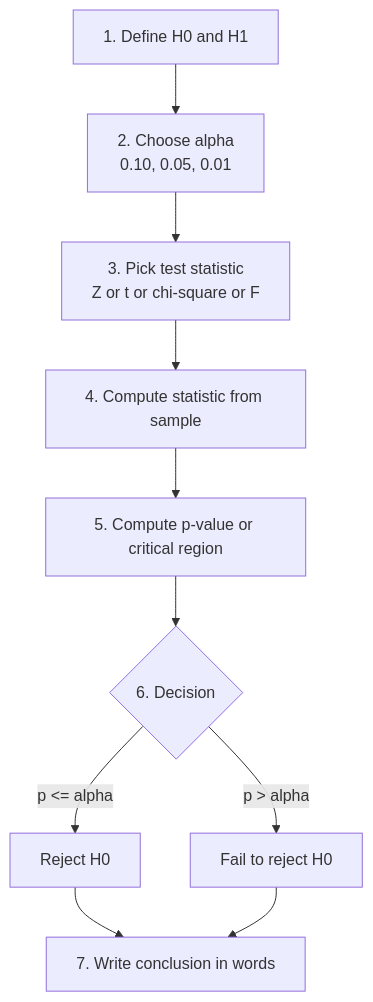
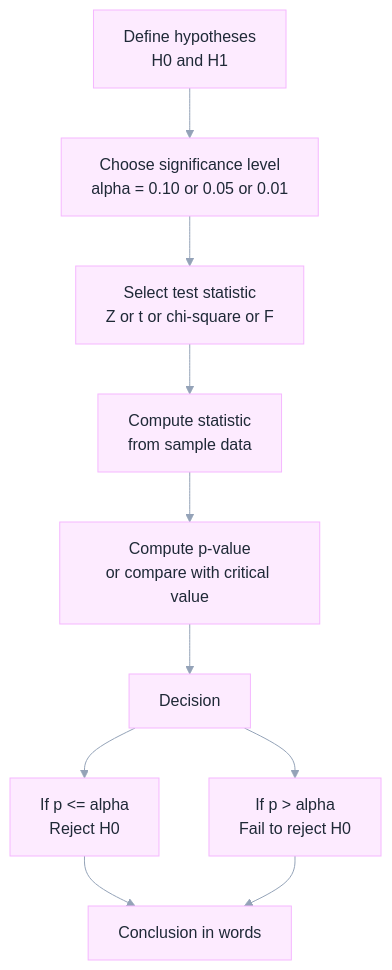
The second of 2 diagrams in content/docs/ai/statistics/04_Hypothesis_Testing.md (arshadhs/arshadhs.github.io), drawn with Mermaid before and after one commit. The commit also changed other lines of this file and 1 other file, not shown here.

```diff
--- a/content/docs/ai/statistics/04_Hypothesis_Testing.md
+++ b/content/docs/ai/statistics/04_Hypothesis_Testing.md
@@ -402,12 +326,20 @@
 {{< mermaid >}}
+%%{init: {'theme':'base','themeVariables': {
+  'fontFamily':'Inter, ui-sans-serif, system-ui',
+  'primaryColor':'#FDEBFF',
+  'primaryTextColor':'#1F2937',
+  'primaryBorderColor':'#F5B7FF',
+  'lineColor':'#94A3B8',
+  'tertiaryColor':'#F8FAFC'
+}}}%%
 flowchart TD
-  A["1. Define H0 and H1"] --> B["2. Choose alpha<br/>0.10, 0.05, 0.01"]
-  B --> C["3. Pick test statistic<br/>Z or t or chi-square or F"]
-  C --> D["4. Compute statistic from sample"]
-  D --> E["5. Compute p-value or critical region"]
-  E --> F{"6. Decision"}
-  F -->|p <= alpha| G["Reject H0"]
-  F -->|p > alpha| H["Fail to reject H0"]
-  G --> I["7. Write conclusion in words"]
+  A["Define hypotheses<br/>H0 and H1"] --> B["Choose significance level<br/>alpha = 0.10 or 0.05 or 0.01"]
+  B --> C["Select test statistic<br/>Z or t or chi-square or F"]
+  C --> D["Compute statistic<br/>from sample data"]
+  D --> E["Compute p-value<br/>or compare with critical value"]
+  E --> F["Decision"]
+  F --> G["If p <= alpha<br/>Reject H0"]
+  F --> H["If p > alpha<br/>Fail to reject H0"]
+  G --> I["Conclusion in words"]
   H --> I
 {{< /mermaid >}}
```
